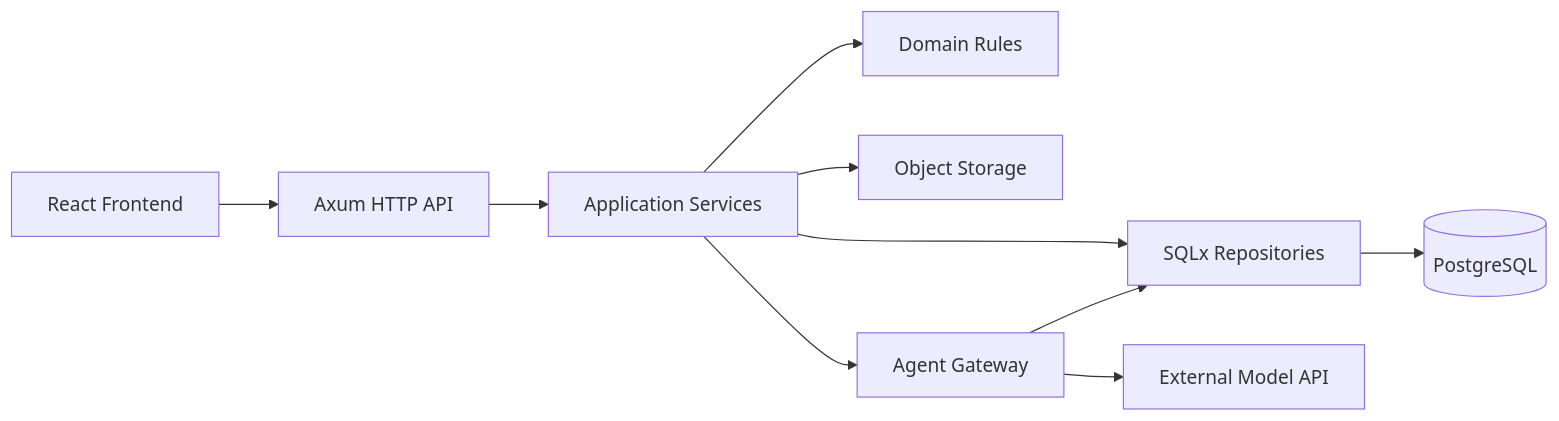
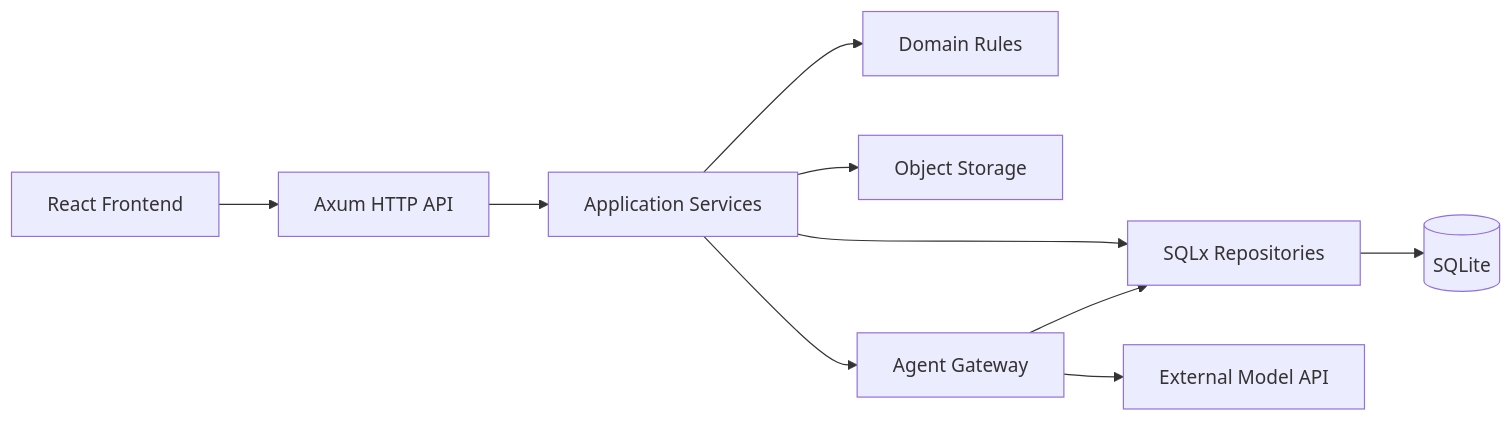
Before and after one commit to winbeau/xju-icthub: the second of 2 diagrams in docs/项目开题文档.md, drawn with Mermaid. The commit also changed other lines of this file and 3 other files, not shown here.

````diff
--- a/docs/项目开题文档.md
+++ b/docs/项目开题文档.md
@@ -347,22 +350,22 @@
 ```mermaid
 flowchart LR
   UI[React Frontend]
   API[Axum HTTP API]
   APP[Application Services]
   DOMAIN[Domain Rules]
   REPO[SQLx Repositories]
-  DB[(PostgreSQL)]
+  DB[(SQLite)]
   FS[Object Storage]
   AGENT[Agent Gateway]
   LLM[External Model API]
 
   UI --> API
   API --> APP
   APP --> DOMAIN
   APP --> REPO
   REPO --> DB
   APP --> FS
   APP --> AGENT
   AGENT --> LLM
   AGENT --> REPO
 ```
````
